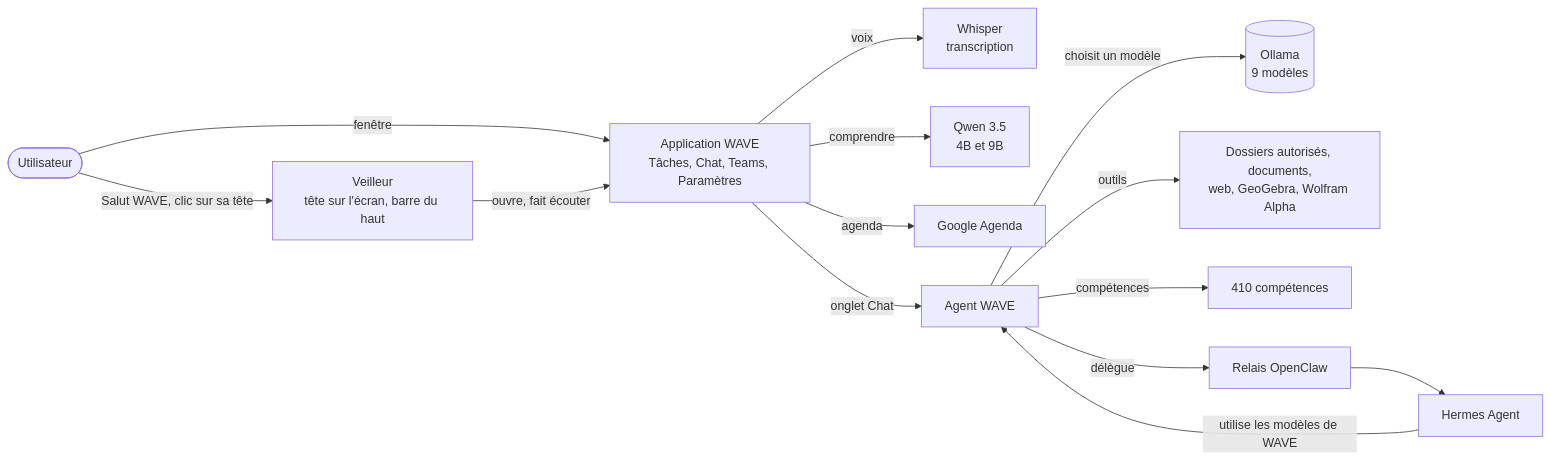
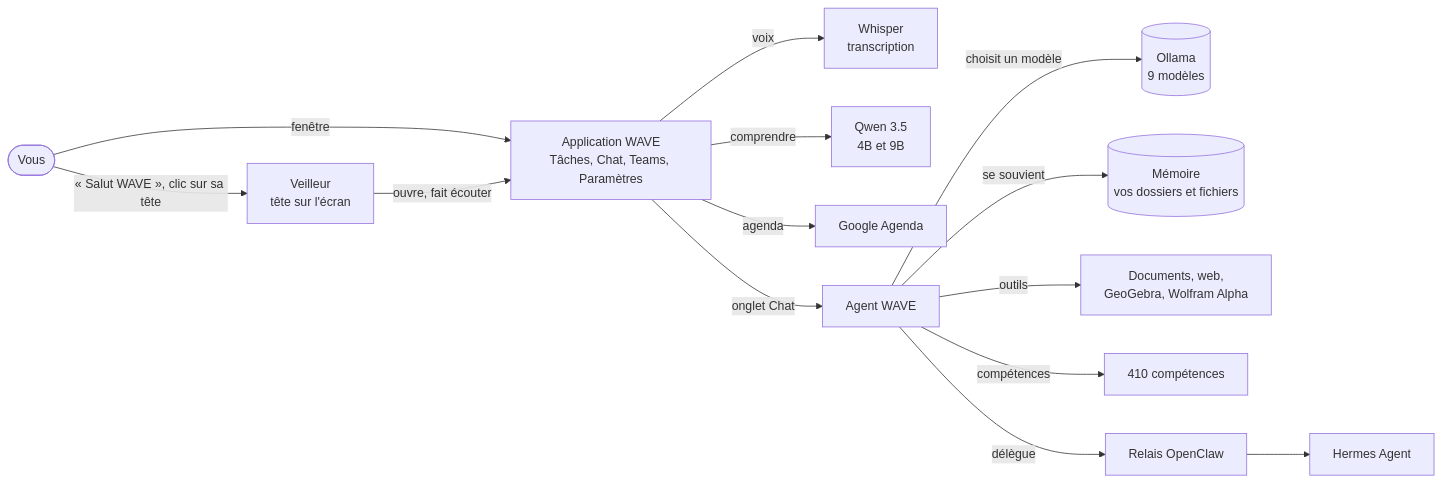
One commit to AteaMR987/wave-presentation changed the first of 2 diagrams in README.md. Above: the diagram before and after it, drawn with Mermaid. The commit also changed other lines of this file and 3 other files, not shown here.

Commit message:
Présentation de WAVE refaite : langages et raisons, journée type, sections dépliables, mémoire, images légères (101 Ko au lieu de 958 Ko)

````diff
--- a/README.md
+++ b/README.md
@@ -21,15 +69,15 @@
 ```mermaid
 flowchart LR
-    U([Utilisateur]) -- "Salut WAVE, clic sur sa tête" --> V[Veilleur<br/>tête sur l'écran, barre du haut]
+    U([Vous]) -- "« Salut WAVE », clic sur sa tête" --> V[Veilleur<br/>tête sur l'écran]
     U -- fenêtre --> A[Application WAVE<br/>Tâches, Chat, Teams, Paramètres]
     V -- ouvre, fait écouter --> A
     A -- voix --> W[Whisper<br/>transcription]
     A -- comprendre --> Q[Qwen 3.5<br/>4B et 9B]
     A -- agenda --> GA[Google Agenda]
     A -- onglet Chat --> G[Agent WAVE]
     G -- choisit un modèle --> O[(Ollama<br/>9 modèles)]
-    G -- outils --> T[Dossiers autorisés, documents,<br/>web, GeoGebra, Wolfram Alpha]
+    G -- se souvient --> M[(Mémoire<br/>vos dossiers et fichiers)]
+    G -- outils --> T[Documents, web,<br/>GeoGebra, Wolfram Alpha]
     G -- compétences --> S[410 compétences]
     G -- délègue --> R[Relais OpenClaw] --> H[Hermes Agent]
-    H -- utilise les modèles de WAVE --> G
 ```
````
